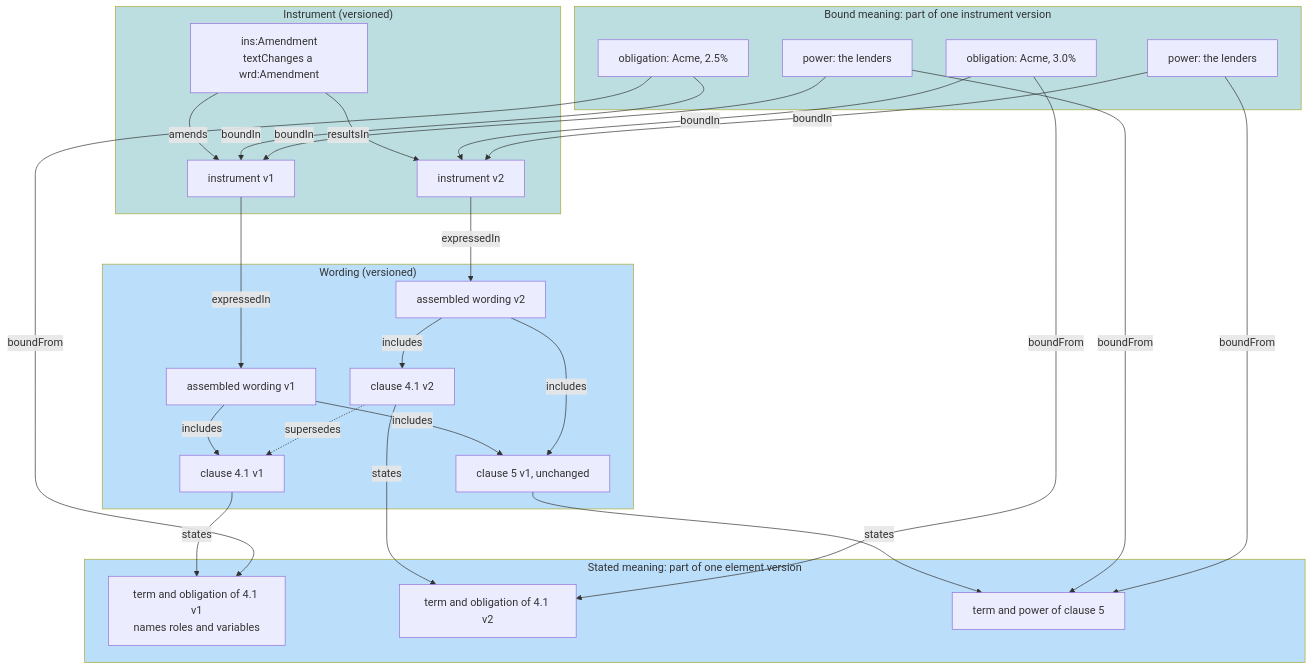
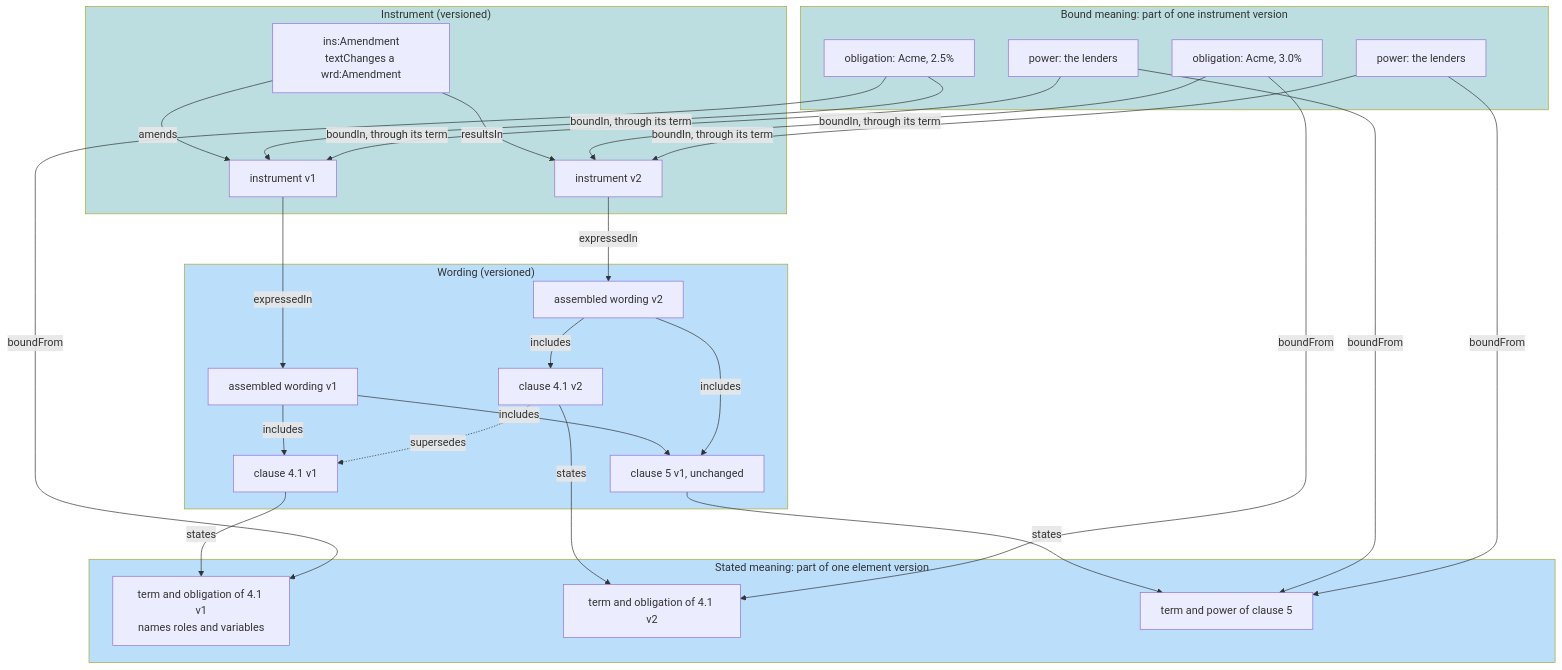
Diagram 12 of 32 in docs/developer/sketches/computable-contract-substrate.md (nebularis/lattice), drawn with Mermaid before and after one commit. The commit also changed other lines of this file and 30 other files, not shown here.

````diff
--- a/docs/developer/sketches/computable-contract-substrate.md
+++ b/docs/developer/sketches/computable-contract-substrate.md
@@ -910,50 +911,50 @@
 ```mermaid
 flowchart TB
     subgraph WRD["Wording (versioned)"]
         W1["assembled wording v1"]
         W2["assembled wording v2"]
         E1["clause 4.1 v1"]
         E2["clause 4.1 v2"]
         E5["clause 5 v1, unchanged"]
         W1 -- "includes" --> E1
         W1 -- "includes" --> E5
         W2 -- "includes" --> E2
         W2 -- "includes" --> E5
         E2 -. "supersedes" .-> E1
     end
     subgraph STATED["Stated meaning: part of one element version"]
         S1["term and obligation of 4.1 v1<br/>names roles and variables"]
         S2["term and obligation of 4.1 v2"]
         S5["term and power of clause 5"]
     end
     subgraph INS["Instrument (versioned)"]
         I1["instrument v1"]
         I2["instrument v2"]
         AM["ins:Amendment<br/>textChanges a wrd:Amendment"]
         AM -- "amends" --> I1
         AM -- "resultsIn" --> I2
     end
     subgraph BOUND["Bound meaning: part of one instrument version"]
         B1["obligation: Acme, 2.5%"]
         B5a["power: the lenders"]
         B2["obligation: Acme, 3.0%"]
         B5b["power: the lenders"]
     end
     E1 -- "states" --> S1
     E2 -- "states" --> S2
     E5 -- "states" --> S5
     I1 -- "expressedIn" --> W1
     I2 -- "expressedIn" --> W2
     B1 -- "boundFrom" --> S1
     B5a -- "boundFrom" --> S5
     B2 -- "boundFrom" --> S2
     B5b -- "boundFrom" --> S5
-    B1 -- "boundIn" --> I1
-    B5a -- "boundIn" --> I1
-    B2 -- "boundIn" --> I2
-    B5b -- "boundIn" --> I2
+    B1 -- "boundIn, through its term" --> I1
+    B5a -- "boundIn, through its term" --> I1
+    B2 -- "boundIn, through its term" --> I2
+    B5b -- "boundIn, through its term" --> I2
     style WRD fill:#BBDEFB
     style STATED fill:#BBDEFB
     style INS fill:#bcdee1
     style BOUND fill:#bcdee1
 ```
````
